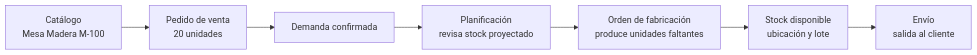
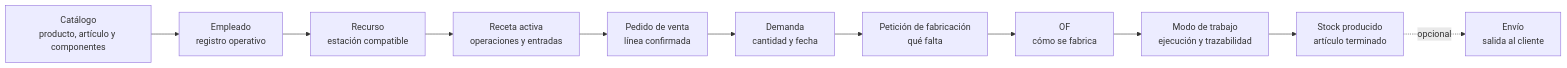
The diagram in es/ayuda/primeros-pasos/flujo-basico-de-trabajo.mdx (bold-factory/bold.docs), drawn with Mermaid before and after one commit. The commit also changed other lines of this file and 115 other files, not shown here.

````diff
--- a/es/ayuda/primeros-pasos/flujo-basico-de-trabajo.mdx
+++ b/es/ayuda/primeros-pasos/flujo-basico-de-trabajo.mdx
@@ -63,9 +38,13 @@
 ```mermaid
 flowchart LR
-  catalogo["Catálogo<br/>Mesa Madera M-100"] --> venta["Pedido de venta<br/>20 unidades"]
-  venta --> demanda["Demanda confirmada"]
-  demanda --> plan["Planificación<br/>revisa stock proyectado"]
-  plan --> fabricacion["Orden de fabricación<br/>produce unidades faltantes"]
-  fabricacion --> almacen["Stock disponible<br/>ubicación y lote"]
-  almacen --> envio["Envío<br/>salida al cliente"]
+  catalogo["Catálogo<br/>producto, artículo y componentes"] --> personas["Empleado<br/>registro operativo"]
+  personas --> recursos["Recurso<br/>estación compatible"]
+  recursos --> receta["Receta activa<br/>operaciones y entradas"]
+  receta --> pedido["Pedido de venta<br/>línea confirmada"]
+  pedido --> demanda["Demanda<br/>cantidad y fecha"]
+  demanda --> peticion["Petición de fabricación<br/>qué falta"]
+  peticion --> of["OF<br/>cómo se fabrica"]
+  of --> ejecucion["Modo de trabajo<br/>ejecución y trazabilidad"]
+  ejecucion --> stock["Stock producido<br/>artículo terminado"]
+  stock -. opcional .-> envio["Envío<br/>salida al cliente"]
 ```
````
